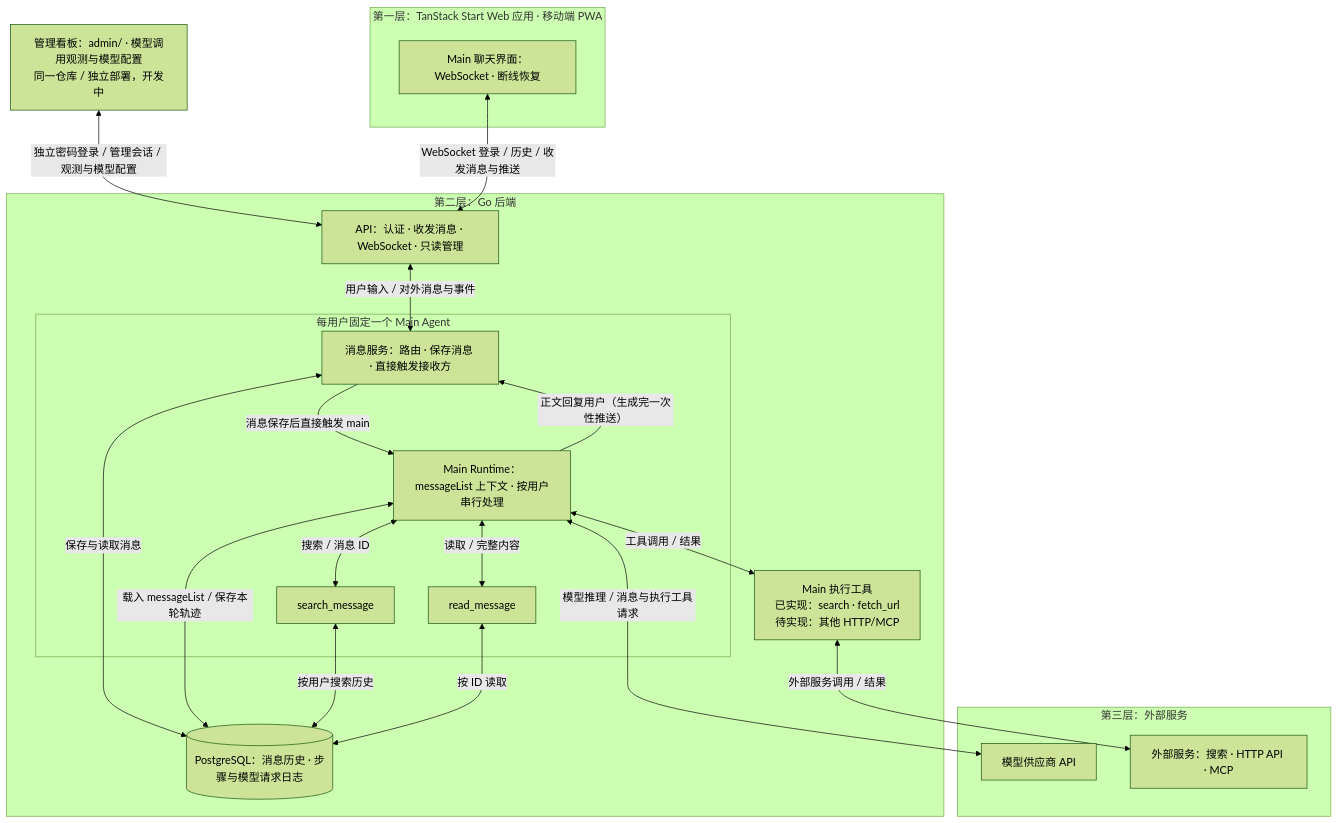
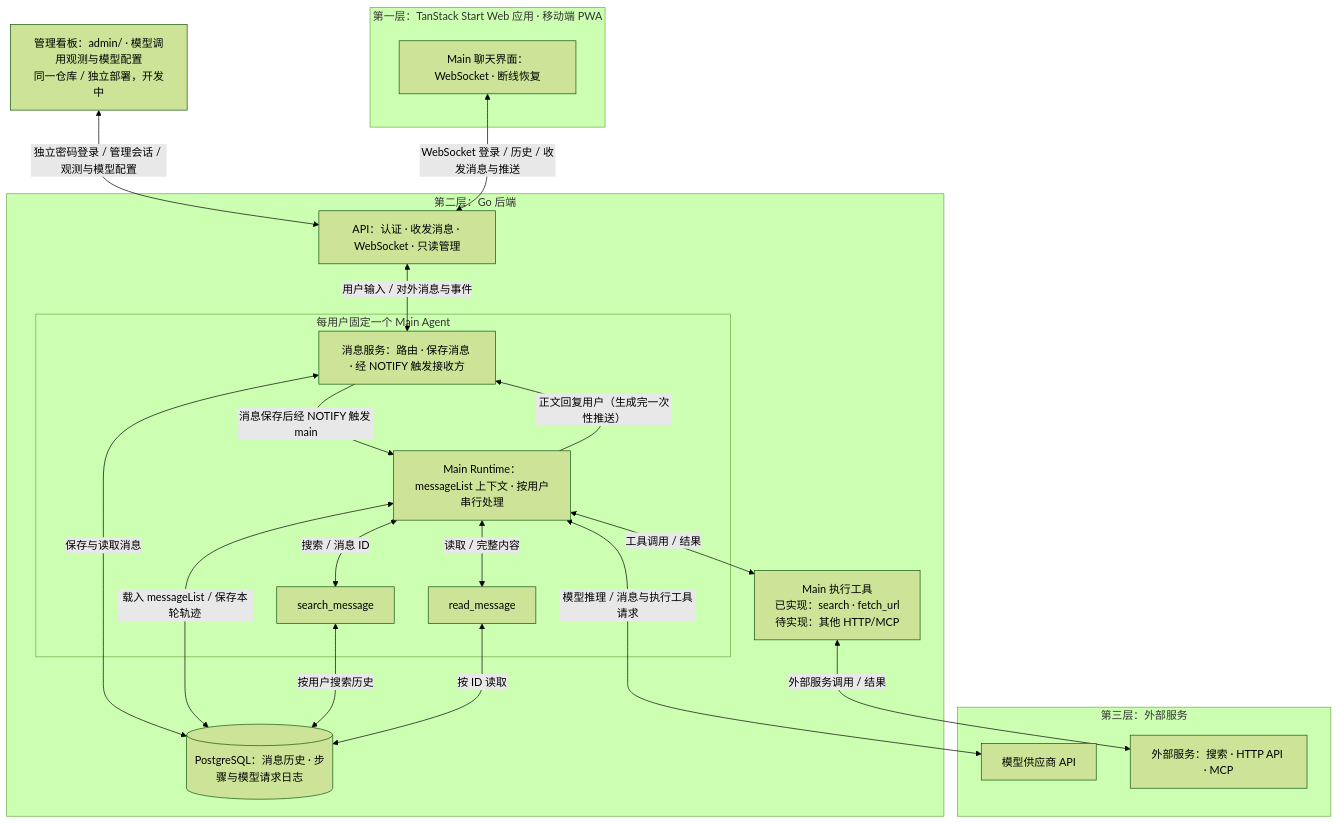
Before and after one commit to OmniNetOpensource/aether-personal: the diagram in docs/architecture.mmd, drawn with Mermaid (forest theme). The commit also changed 9 other files, not shown here.

```diff
--- a/docs/architecture.mmd
+++ b/docs/architecture.mmd
@@ -1,42 +1,42 @@
 flowchart TD
     subgraph L1["第一层：TanStack Start Web 应用 · 移动端 PWA"]
         CLIENT["Main 聊天界面：WebSocket · 断线恢复"]
     end
 
     subgraph L2["第二层：Go 后端"]
         API["API：认证 · 收发消息 · WebSocket · 只读管理"]
-        MESSAGES["消息服务：路由 · 保存消息 · 直接触发接收方"]
+        MESSAGES["消息服务：路由 · 保存消息 · 经 NOTIFY 触发接收方"]
         DB[("PostgreSQL：消息历史 · 步骤与模型请求日志")]
 
         subgraph MAINBOX["每用户固定一个 Main Agent"]
             MAIN["Main Runtime：messageList 上下文 · 按用户串行处理"]
             SEARCH["search_message"]
             READ["read_message"]
 
             MAIN <-->|"搜索 / 消息 ID"| SEARCH
             MAIN <-->|"读取 / 完整内容"| READ
             MAIN -->|"正文回复用户（生成完一次性推送）"| MESSAGES
         end
 
         TOOLS["Main 执行工具<br/>已实现：search · fetch_url<br/>待实现：其他 HTTP/MCP"]
         MAIN <-->|"工具调用 / 结果"| TOOLS
         API <-->|"用户输入 / 对外消息与事件"| MESSAGES
         MESSAGES <-->|"保存与读取消息"| DB
-        MESSAGES -->|"消息保存后直接触发 main"| MAIN
+        MESSAGES -->|"消息保存后经 NOTIFY 触发 main"| MAIN
         MAIN <-->|"载入 messageList / 保存本轮轨迹"| DB
 
         SEARCH <-->|"按用户搜索历史"| DB
         READ <-->|"按 ID 读取"| DB
 
     end
 
     subgraph L3["第三层：外部服务"]
         MODEL["模型供应商 API"]
         EXTERNAL["外部服务：搜索 · HTTP API · MCP"]
     end
 
     ADMIN["管理看板：admin/ · 模型调用观测与模型配置<br/>同一仓库 / 独立部署，开发中"]
     ADMIN <-->|"独立密码登录 / 管理会话 / 观测与模型配置"| API
     CLIENT <-->|"WebSocket 登录 / 历史 / 收发消息与推送"| API
     MAIN <-->|"模型推理 / 消息与执行工具请求"| MODEL
     TOOLS <-->|"外部服务调用 / 结果"| EXTERNAL
```
